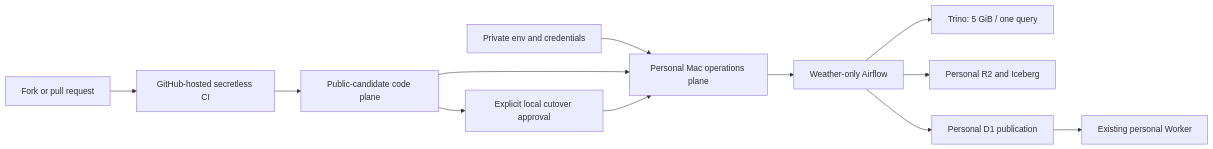
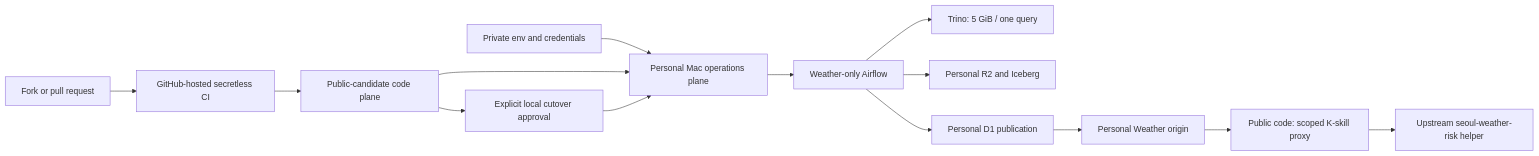
The diagram in docs/architecture/public-private-operations-boundary.md (masondev1024/seoul-weather-platform), drawn with Mermaid before and after one commit. The commit also changed other lines of this file and 22 other files, not shown here.

Commit message:
Restore personal weather serving continuity

````diff
--- a/docs/architecture/public-private-operations-boundary.md
+++ b/docs/architecture/public-private-operations-boundary.md
@@ -11,14 +11,16 @@
 ```mermaid
 flowchart LR
     Fork["Fork or pull request"] --> HostedCI["GitHub-hosted secretless CI"]
     HostedCI --> Code["Public-candidate code plane"]
     Code --> Approval["Explicit local cutover approval"]
     Secrets["Private env and credentials"] --> Mac["Personal Mac operations plane"]
     Code --> Mac
     Approval --> Mac
     Mac --> Airflow["Weather-only Airflow"]
     Airflow --> Trino["Trino: 5 GiB / one query"]
     Airflow --> R2["Personal R2 and Iceberg"]
     Airflow --> D1["Personal D1 publication"]
-    D1 --> Worker["Existing personal Worker"]
+    D1 --> Worker["Personal Weather origin"]
+    Worker --> Proxy["Public code: scoped K-skill proxy"]
+    Proxy --> Skill["Upstream seoul-weather-risk helper"]
 ```
````
